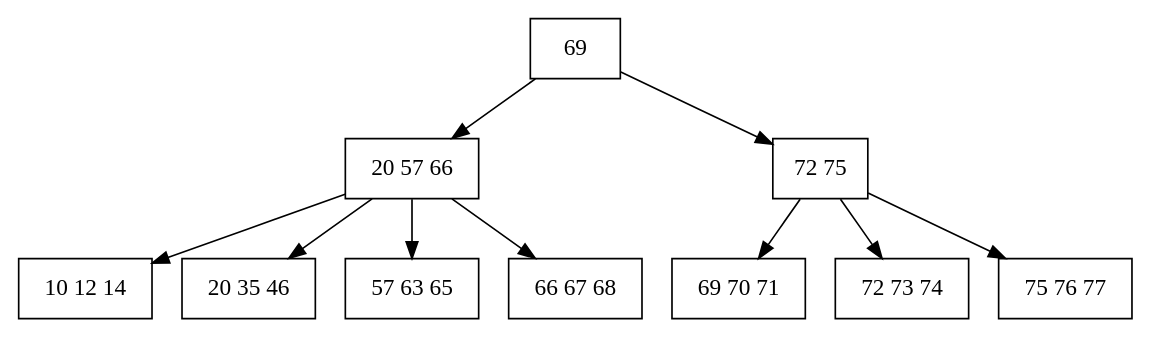
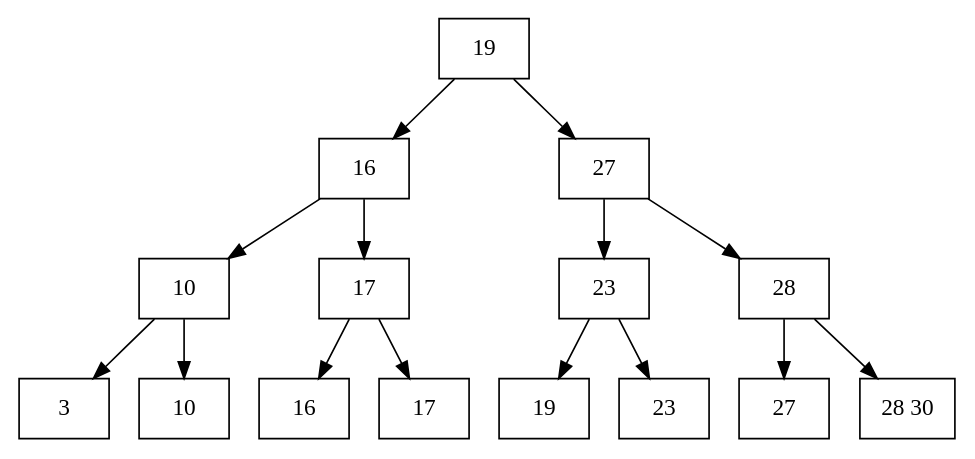
The diagram in python/graph.dot (1somniak/data-structures), drawn with Graphviz before and after one commit. The commit also changed 15 other files, not shown here.

```diff
--- a/python/graph.dot
+++ b/python/graph.dot
@@ -1,21 +1,31 @@
 digraph Btree {
-    node0 [shape=box][label="69"]
+    node0 [shape=box][label="19"]
     node0 -> node1
     node0 -> node2
-    node1 [shape=box][label="20 57 66"]
+    node1 [shape=box][label="16"]
     node1 -> node3
     node1 -> node4
-    node1 -> node5
-    node1 -> node6
-    node2 [shape=box][label="72 75"]
-    node2 -> node7
-    node2 -> node8
-    node2 -> node9
-    node3 [shape=box][label="10 12 14"]
-    node4 [shape=box][label="20 35 46"]
-    node5 [shape=box][label="57 63 65"]
-    node6 [shape=box][label="66 67 68"]
-    node7 [shape=box][label="69 70 71"]
-    node8 [shape=box][label="72 73 74"]
-    node9 [shape=box][label="75 76 77"]
+    node2 [shape=box][label="27"]
+    node2 -> node5
+    node2 -> node6
+    node3 [shape=box][label="10"]
+    node3 -> node7
+    node3 -> node8
+    node4 [shape=box][label="17"]
+    node4 -> node9
+    node4 -> node10
+    node5 [shape=box][label="23"]
+    node5 -> node11
+    node5 -> node12
+    node6 [shape=box][label="28"]
+    node6 -> node13
+    node6 -> node14
+    node7 [shape=box][label="3"]
+    node8 [shape=box][label="10"]
+    node9 [shape=box][label="16"]
+    node10 [shape=box][label="17"]
+    node11 [shape=box][label="19"]
+    node12 [shape=box][label="23"]
+    node13 [shape=box][label="27"]
+    node14 [shape=box][label="28 30"]
 }
```
